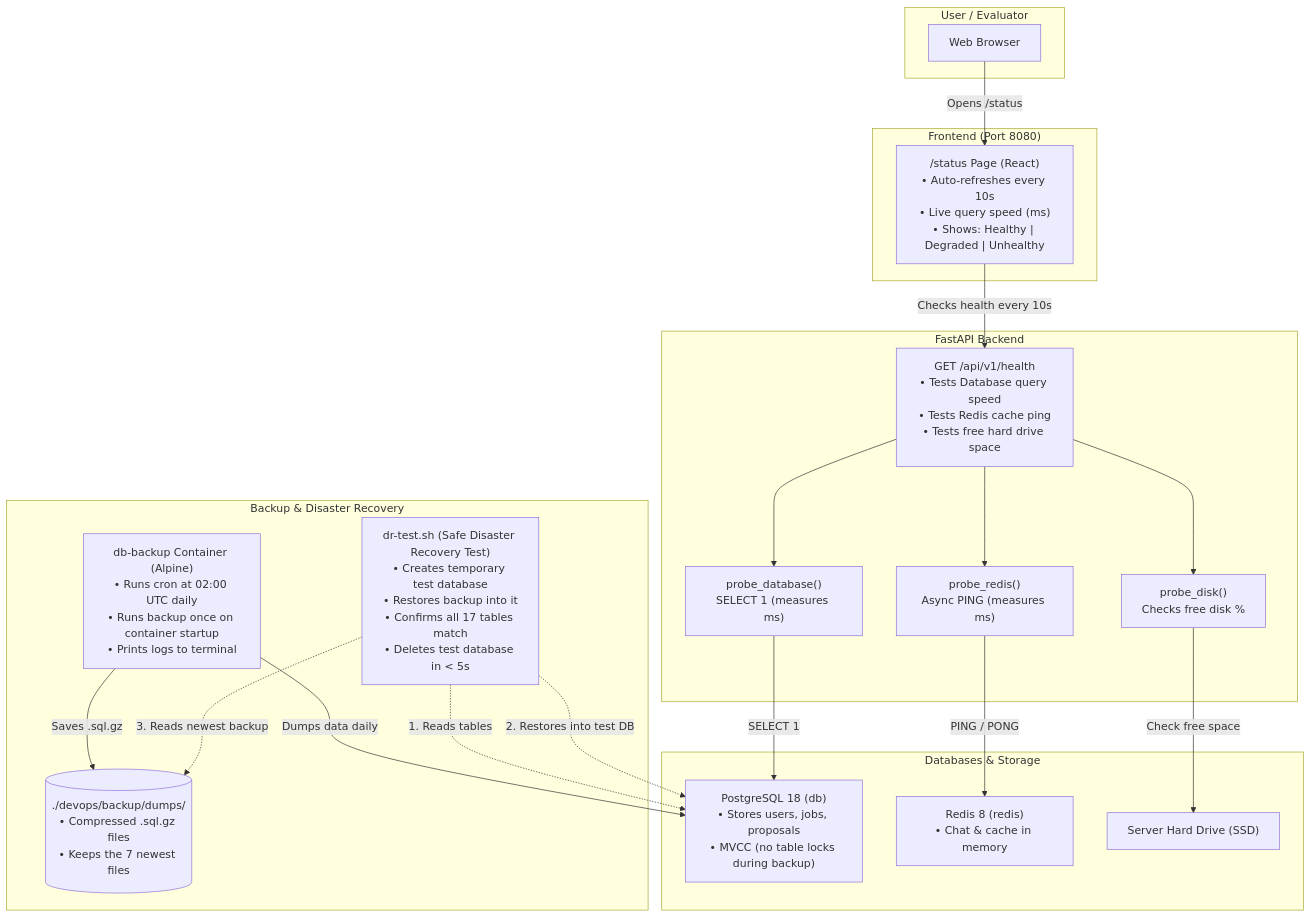
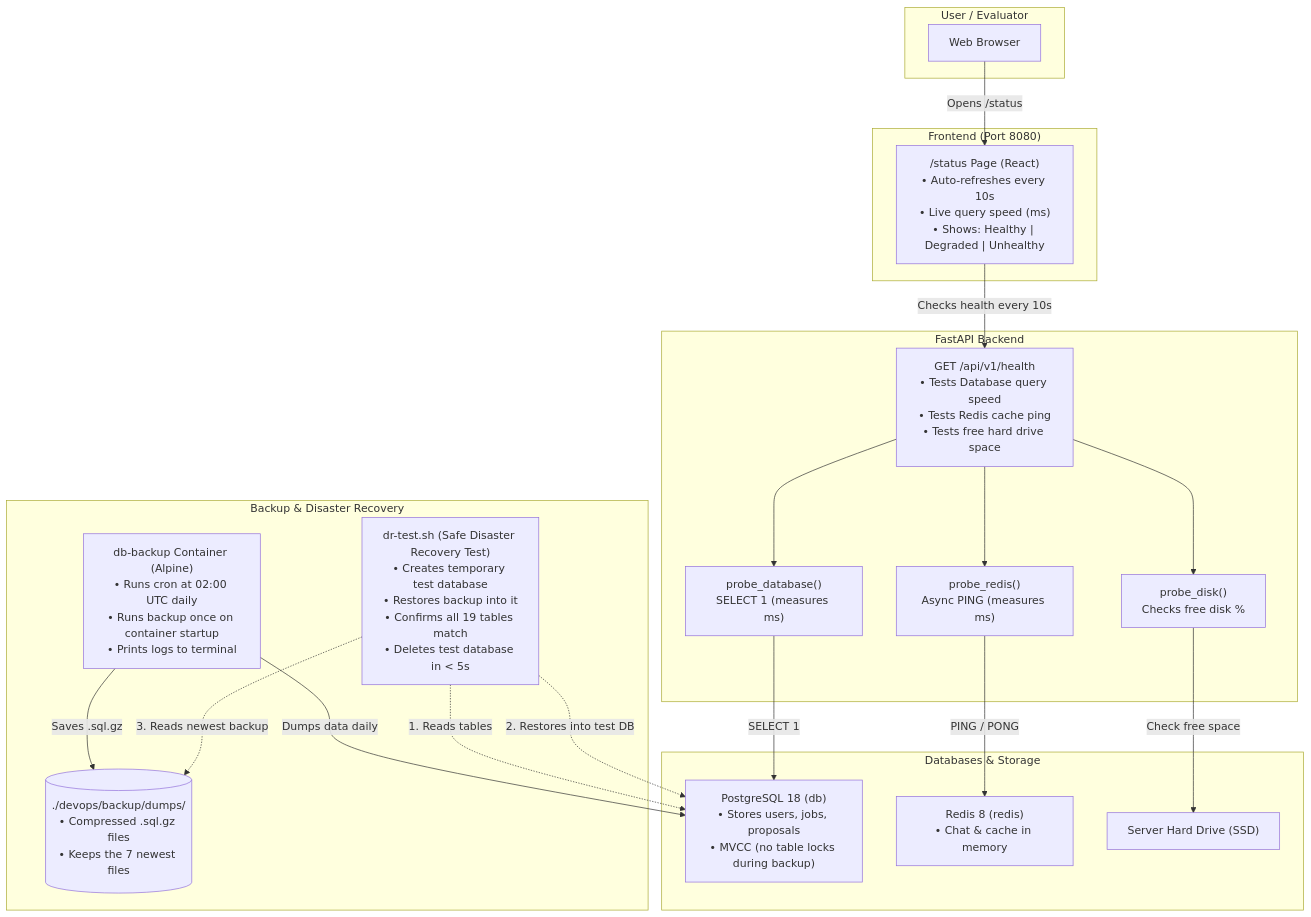
The diagram in devops/docs/guides/05_backup_&_disaster_recovery.md (Skilio-org/Skilio), drawn with Mermaid before and after one commit. The commit also changed other lines of this file and 3 other files, not shown here.

````diff
--- a/devops/docs/guides/05_backup_&_disaster_recovery.md
+++ b/devops/docs/guides/05_backup_&_disaster_recovery.md
@@ -18,45 +18,45 @@
 ```mermaid
 flowchart TD
     subgraph ClientLayer["User / Evaluator"]
         Browser["Web Browser"]
     end
 
     subgraph PresentationLayer["Frontend (Port 8080)"]
         StatusUI["/status Page (React)\n• Auto-refreshes every 10s\n• Live query speed (ms)\n• Shows: Healthy | Degraded | Unhealthy"]
     end
 
     subgraph BackendLayer["FastAPI Backend"]
         HealthEndpoint["GET /api/v1/health\n• Tests Database query speed\n• Tests Redis cache ping\n• Tests free hard drive space"]
         ProbeDB["probe_database()\nSELECT 1 (measures ms)"]
         ProbeRedis["probe_redis()\nAsync PING (measures ms)"]
         ProbeDisk["probe_disk()\nChecks free disk %"]
     end
 
     subgraph DataLayer["Databases & Storage"]
         Postgres["PostgreSQL 18 (db)\n• Stores users, jobs, proposals\n• MVCC (no table locks during backup)"]
         Redis["Redis 8 (redis)\n• Chat & cache in memory"]
         Storage["Server Hard Drive (SSD)"]
     end
 
     subgraph BackupLayer["Backup & Disaster Recovery"]
         BackupDaemon["db-backup Container (Alpine)\n• Runs cron at 02:00 UTC daily\n• Runs backup once on container startup\n• Prints logs to terminal"]
         DumpsVolume[("./devops/backup/dumps/\n• Compressed .sql.gz files\n• Keeps the 7 newest files")]
-        Drill["dr-test.sh (Safe Disaster Recovery Test)\n• Creates temporary test database\n• Restores backup into it\n• Confirms all 17 tables match\n• Deletes test database in < 5s"]
+        Drill["dr-test.sh (Safe Disaster Recovery Test)\n• Creates temporary test database\n• Restores backup into it\n• Confirms all 19 tables match\n• Deletes test database in < 5s"]
     end
 
     Browser -->|Opens /status| StatusUI
     StatusUI -->|Checks health every 10s| HealthEndpoint
     HealthEndpoint --> ProbeDB
     HealthEndpoint --> ProbeRedis
     HealthEndpoint --> ProbeDisk
 
     ProbeDB -->|SELECT 1| Postgres
     ProbeRedis -->|PING / PONG| Redis
     ProbeDisk -->|Check free space| Storage
 
     BackupDaemon -->|Dumps data daily| Postgres
     BackupDaemon -->|Saves .sql.gz| DumpsVolume
     Drill -.->|1. Reads tables| Postgres
     Drill -.->|2. Restores into test DB| Postgres
     Drill -.->|3. Reads newest backup| DumpsVolume
 ```
````
